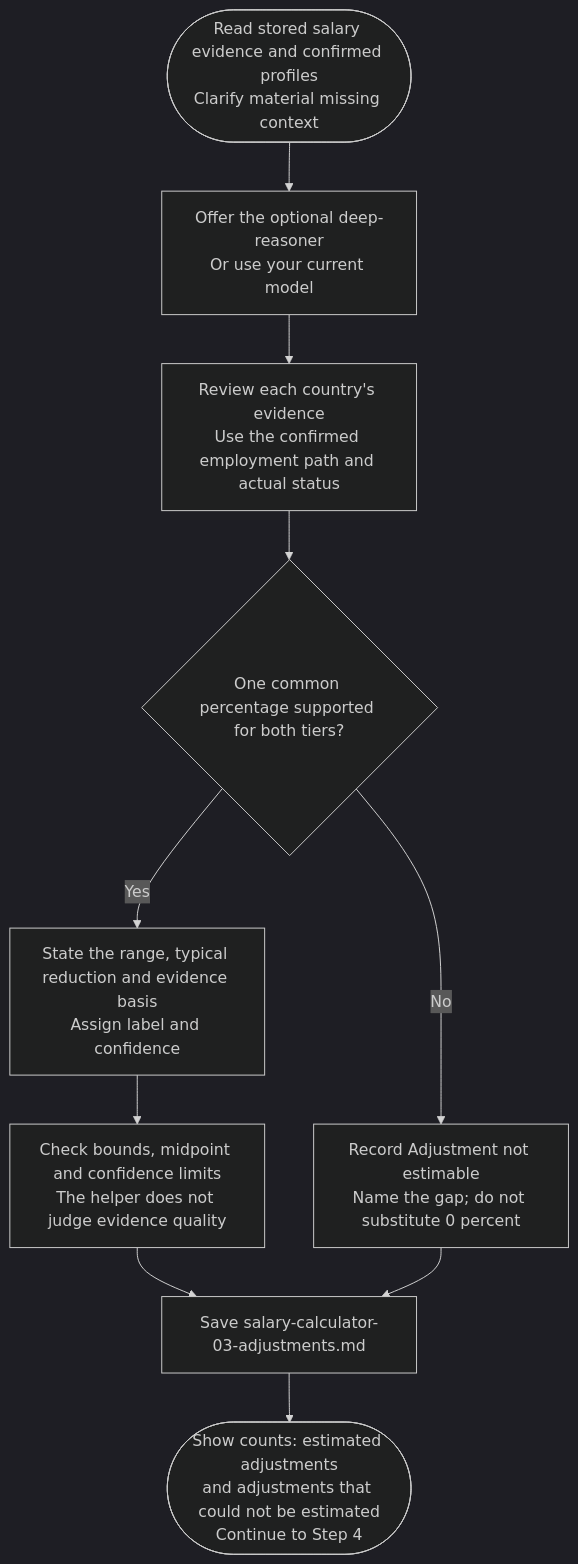
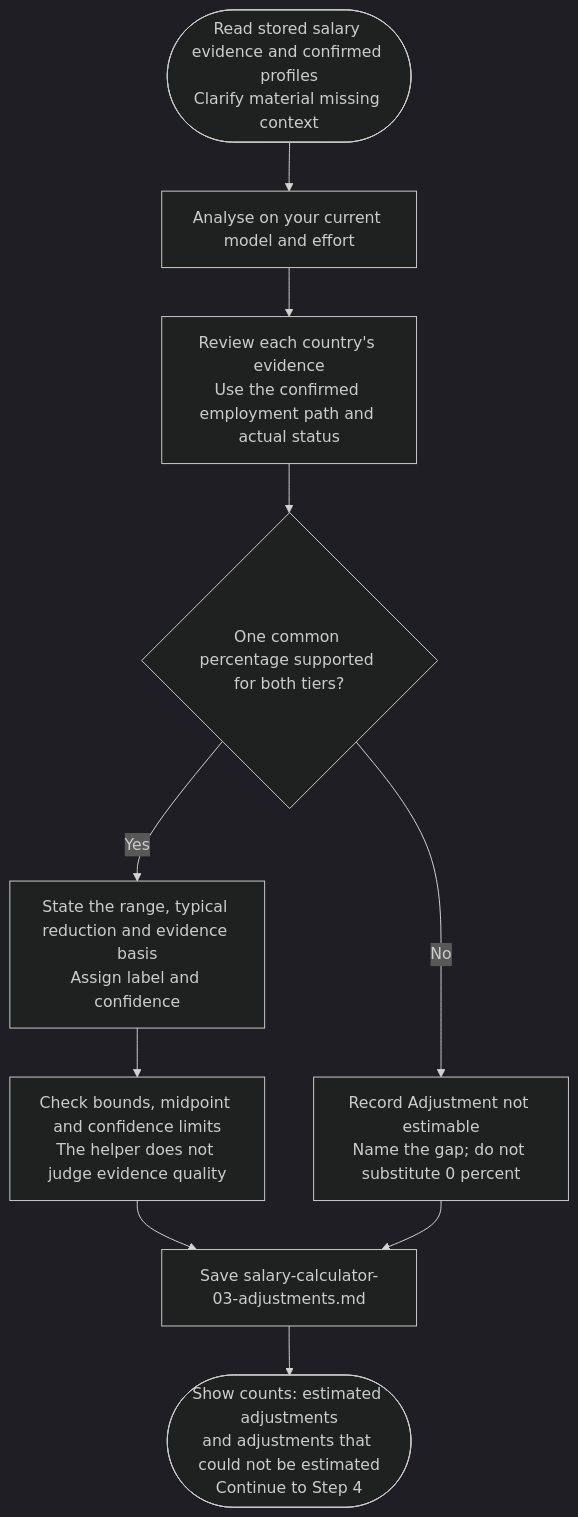
One commit to myowinthein/agent-compass changed the diagram in docs/commands/salary-calculator/step3-international-adjustment/detailed.md. Above: the diagram before and after it, drawn with Mermaid (dark theme). The commit also changed other lines of this file and 38 other files, not shown here.

First line of the commit message:
refactor(workflows): use the current model for analysis and audits

````diff
--- a/docs/commands/salary-calculator/step3-international-adjustment/detailed.md
+++ b/docs/commands/salary-calculator/step3-international-adjustment/detailed.md
@@ -23,12 +23,12 @@
 ```mermaid
 flowchart TD
-  Start(["Read stored salary evidence and confirmed profiles<br/>Clarify material missing context"]) --> Model["Offer the optional deep-reasoner<br/>Or use your current model"]
+  Start(["Read stored salary evidence and confirmed profiles<br/>Clarify material missing context"]) --> Model["Analyse on your current model and effort"]
   Model --> Review["Review each country's evidence<br/>Use the confirmed employment path and actual status"]
   Review --> Basis{"One common percentage supported for both tiers?"}
   Basis -->|Yes| Estimate["State the range, typical reduction and evidence basis<br/>Assign label and confidence"]
   Estimate --> Check["Check bounds, midpoint and confidence limits<br/>The helper does not judge evidence quality"]
   Basis -->|No| Unknown["Record Adjustment not estimable<br/>Name the gap; do not substitute 0 percent"]
   Check --> Save["Save salary-calculator-03-adjustments.md"]
   Unknown --> Save
   Save --> Next(["Show counts: estimated adjustments<br/>and adjustments that could not be estimated<br/>Continue to Step 4"])
 ```
````
